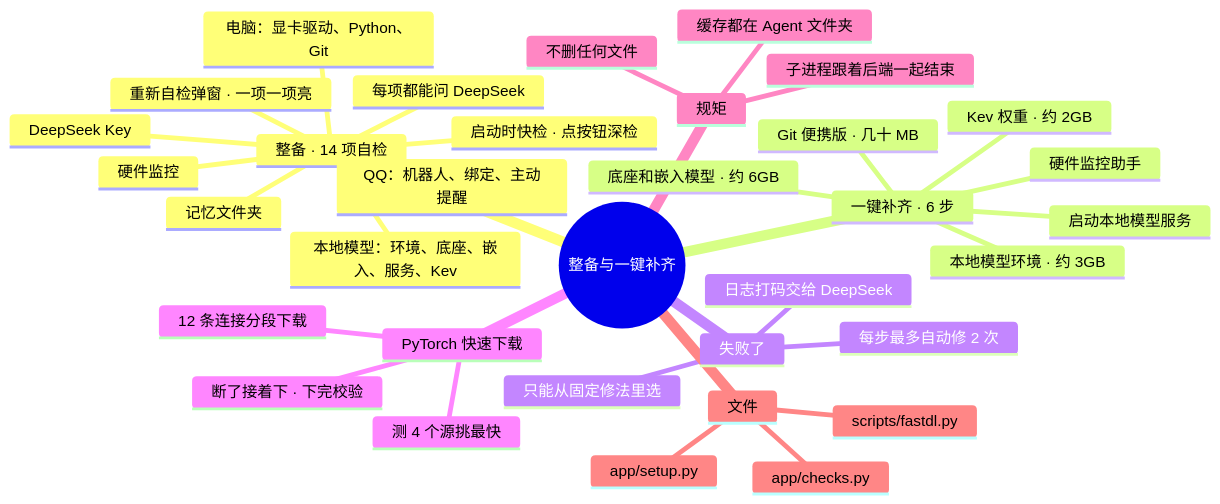
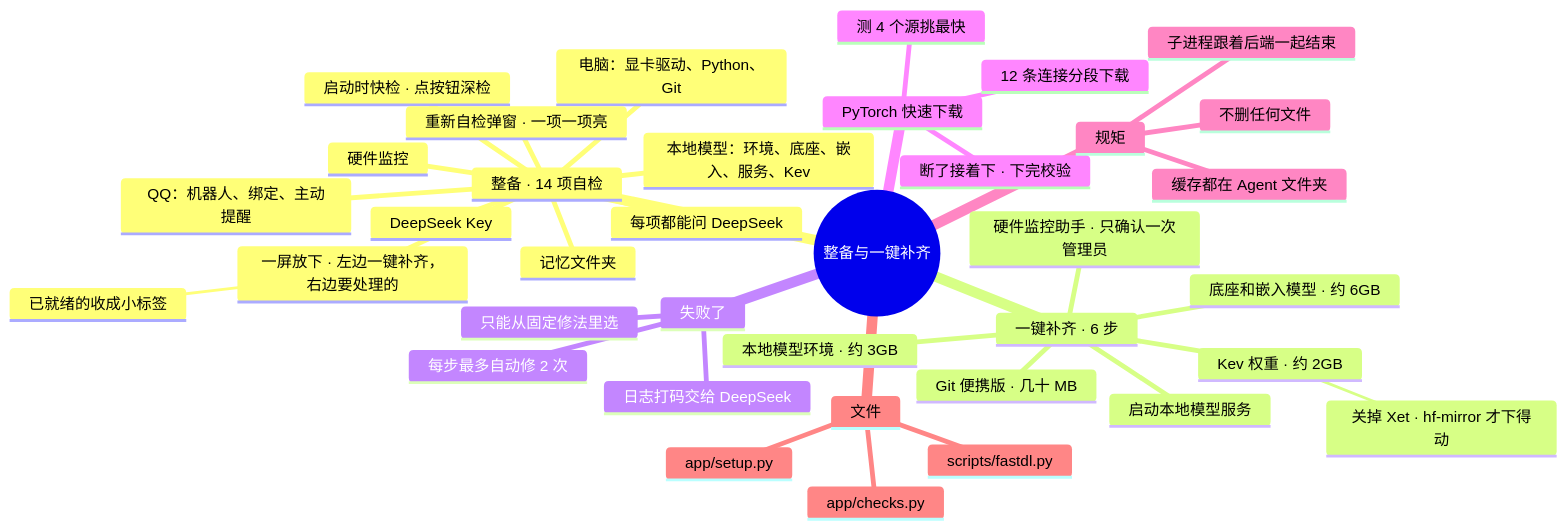
Before and after one commit to lql-076/Experiment-Agent-One: the diagram in docs/AI文档/架构/09-整备与一键补齐.md, drawn with Mermaid. The commit also changed other lines of this file and 55 other files, not shown here.

````diff
--- a/docs/AI文档/架构/09-整备与一键补齐.md
+++ b/docs/AI文档/架构/09-整备与一键补齐.md
@@ -9,39 +9,42 @@
 ```mermaid
 mindmap
   root((整备与一键补齐))
     整备 · 14 项自检
       电脑：显卡驱动、Python、Git
       本地模型：环境、底座、嵌入、服务、Kev
       硬件监控
       DeepSeek Key
       QQ：机器人、绑定、主动提醒
       记忆文件夹
       启动时快检 · 点按钮深检
       重新自检弹窗 · 一项一项亮
       每项都能问 DeepSeek
+      一屏放下 · 左边一键补齐，右边要处理的
+        已就绪的收成小标签
     一键补齐 · 6 步
       Git 便携版 · 几十 MB
       本地模型环境 · 约 3GB
       底座和嵌入模型 · 约 6GB
       启动本地模型服务
       :::svc-model
       Kev 权重 · 约 2GB
-      硬件监控助手
+        关掉 Xet · hf-mirror 才下得动
+      硬件监控助手 · 只确认一次管理员
       :::svc-hw
     失败了
       日志打码交给 DeepSeek
       只能从固定修法里选
       每步最多自动修 2 次
     PyTorch 快速下载
       测 4 个源挑最快
       12 条连接分段下载
       断了接着下 · 下完校验
     规矩
       不删任何文件
       缓存都在 Agent 文件夹
       子进程跟着后端一起结束
     文件
       app/checks.py
       app/setup.py
       scripts/fastdl.py
 ```
````
